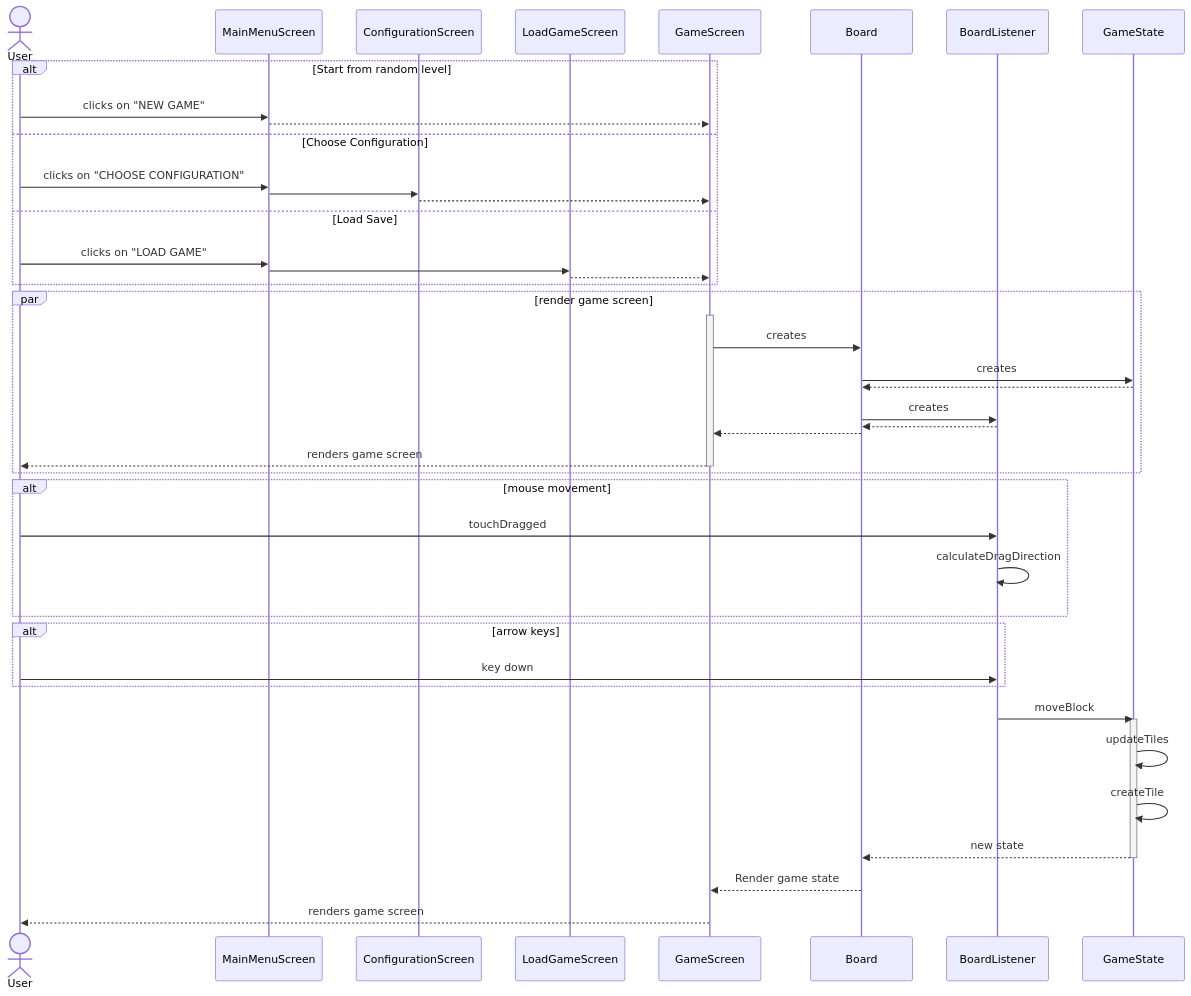
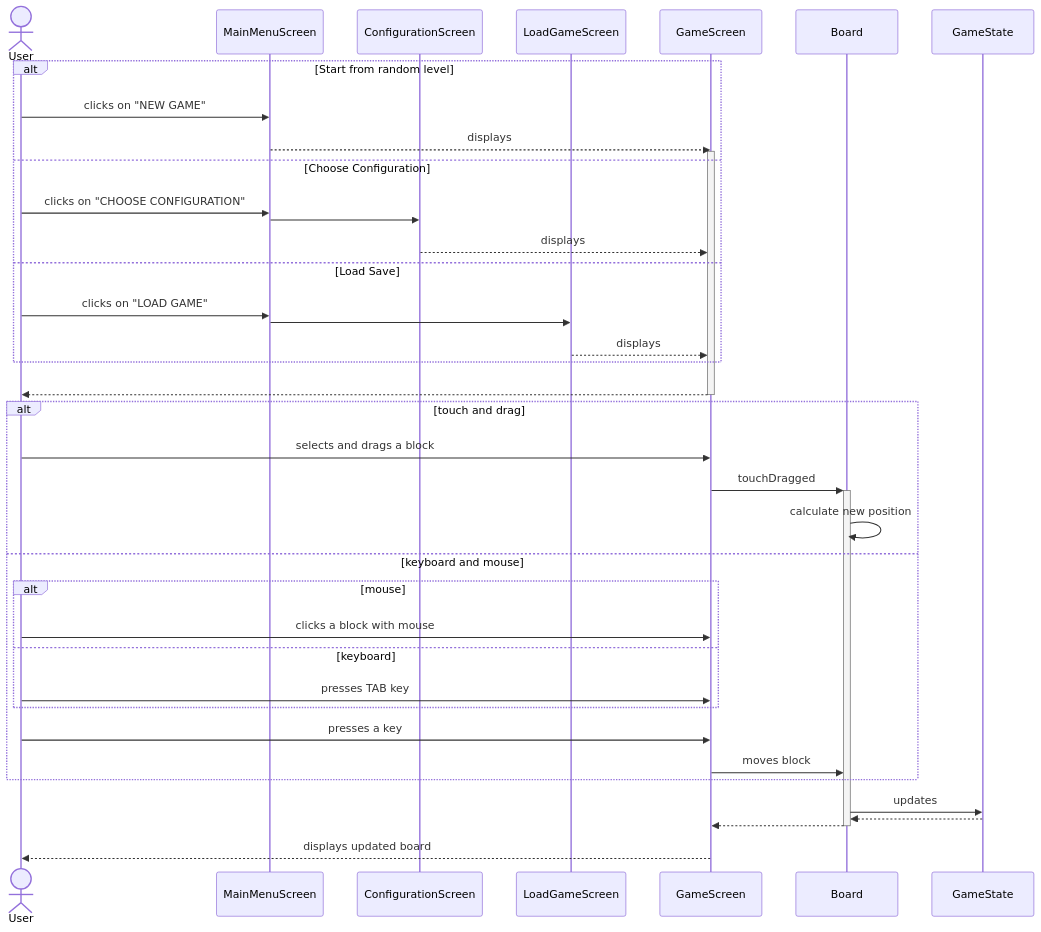
One commit to BIRSAx2/klotski changed the tenth of 14 diagrams in docs/sequence_diagram/index.md. Above: the diagram before and after it, drawn with Mermaid. The commit also changed other lines of this file, not shown here.

````diff
--- a/docs/sequence_diagram/index.md
+++ b/docs/sequence_diagram/index.md
@@ -390,55 +371,50 @@
 ```mermaid
 sequenceDiagram
     actor User
     participant MainMenuScreen
     participant ConfigurationScreen
     participant LoadGameScreen
     participant GameScreen
     participant Board
-    participant BoardListener
     participant GameState
 
 
     alt Start from random level 
         User ->> MainMenuScreen: clicks on "NEW GAME"
-        MainMenuScreen -->> GameScreen: 
+        MainMenuScreen -->> GameScreen: displays
+        activate GameScreen
     else Choose Configuration
         User ->> MainMenuScreen: clicks on "CHOOSE CONFIGURATION"
         MainMenuScreen ->> ConfigurationScreen: 
-        ConfigurationScreen -->> GameScreen: 
+        ConfigurationScreen -->> GameScreen: displays
     else Load Save
         User ->> MainMenuScreen: clicks on "LOAD GAME"
         MainMenuScreen ->> LoadGameScreen: 
-        LoadGameScreen -->> GameScreen: 
+        LoadGameScreen -->> GameScreen: displays
     end
 
-    par render game screen
-        activate GameScreen
-        GameScreen ->> Board: creates
-        Board ->> GameState: creates
-        GameState -->> Board: 
-        Board ->> BoardListener: creates
-        BoardListener -->> Board: 
-        Board -->> GameScreen: 
-        GameScreen -->> User: renders game screen
-        deactivate GameScreen
-    end
+    GameScreen -->>- User: #32;
         
-    alt mouse movement
-        User ->> BoardListener : touchDragged
-        BoardListener ->> BoardListener : calculateDragDirection
+    alt touch and drag
+        User ->> GameScreen : selects and drags a block
+        GameScreen ->>+ Board: touchDragged
+        Board ->> Board: calculate new position
+
+    
+    else keyboard and mouse
+        alt mouse 
+            User ->> GameScreen: clicks a block with mouse
+        else keyboard
+            User ->> GameScreen: presses TAB key
+        end
+        User ->> GameScreen:  presses a key
+        GameScreen ->> Board: moves block
+
+
     end
 
-    alt arrow keys 
-        User ->> BoardListener: key down
-    end
-
-    BoardListener ->> GameState : moveBlock
-    activate GameState
-    GameState ->> GameState : updateTiles
-    GameState ->> GameState : createTile
-    GameState -->> Board: new state
-    deactivate GameState
-    Board -->> GameScreen: Render game state
-    GameScreen -->> User: renders game screen
+    Board ->> GameState: updates
+    GameState -->> Board: 
+    Board -->>- GameScreen: 
+    GameScreen -->> User: displays updated board
 ```
````
